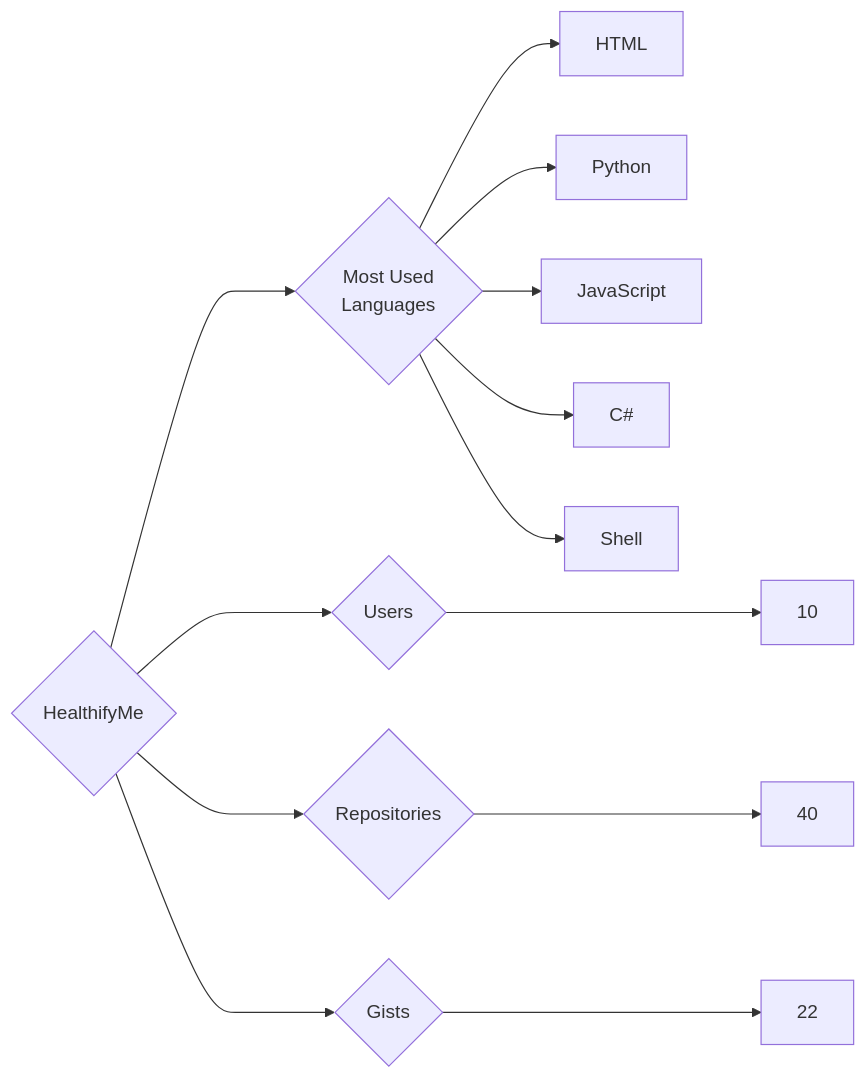
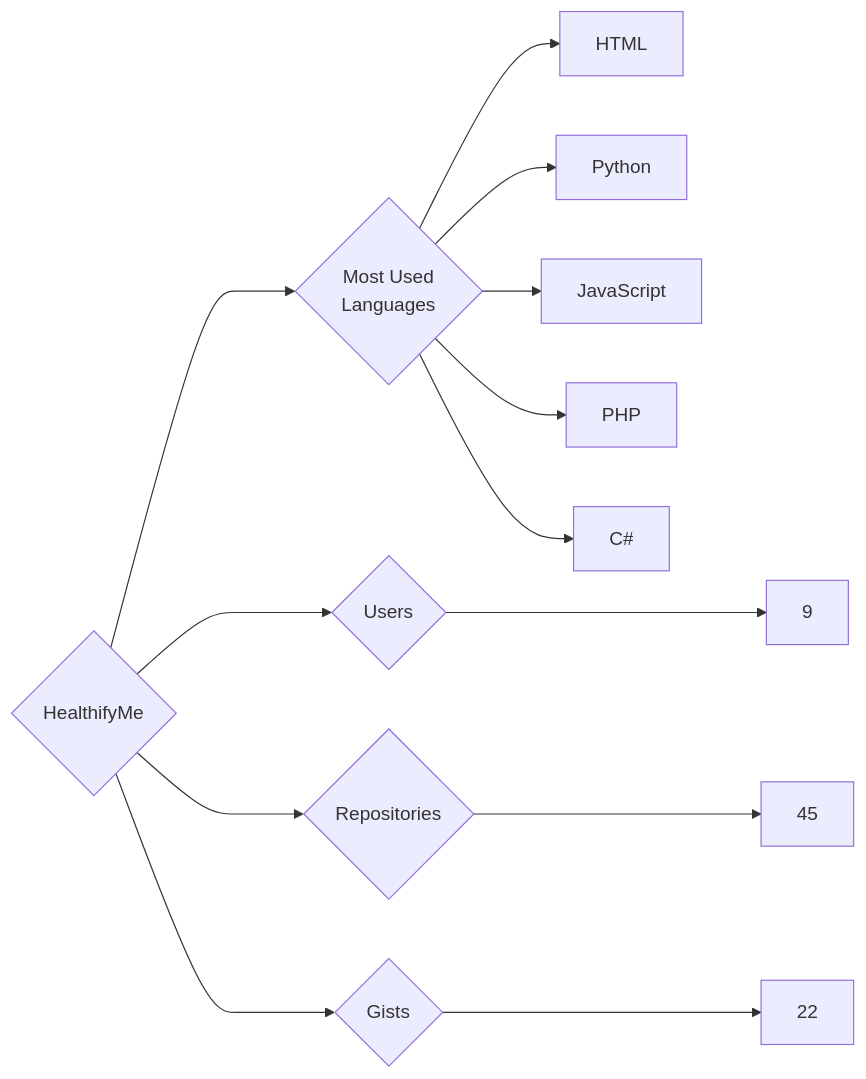
The diagram in targets/HealthifyMe/README.md (trickest/insiders), drawn with Mermaid before and after one commit. The commit also changed 1148 other files, not shown here.

````diff
--- a/targets/HealthifyMe/README.md
+++ b/targets/HealthifyMe/README.md
@@ -3,13 +3,13 @@
 ```mermaid
 graph LR
 COMPANY_NAME{HealthifyMe}
-COMPANY_NAME ---> U{Users} ---> UN[10]
-COMPANY_NAME ---> R{Repositories} ---> RN[40]
+COMPANY_NAME ---> U{Users} ---> UN[9]
+COMPANY_NAME ---> R{Repositories} ---> RN[45]
 COMPANY_NAME ---> G{Gists} ---> GN[22]
 COMPANY_NAME ---> ML{Most Used<br>Languages}
 ML --> HTML[HTML]
 ML --> Python[Python]
 ML --> JavaScript[JavaScript]
+ML --> PHP[PHP]
 ML --> C#[C#]
-ML --> Shell[Shell]
 ```
````
